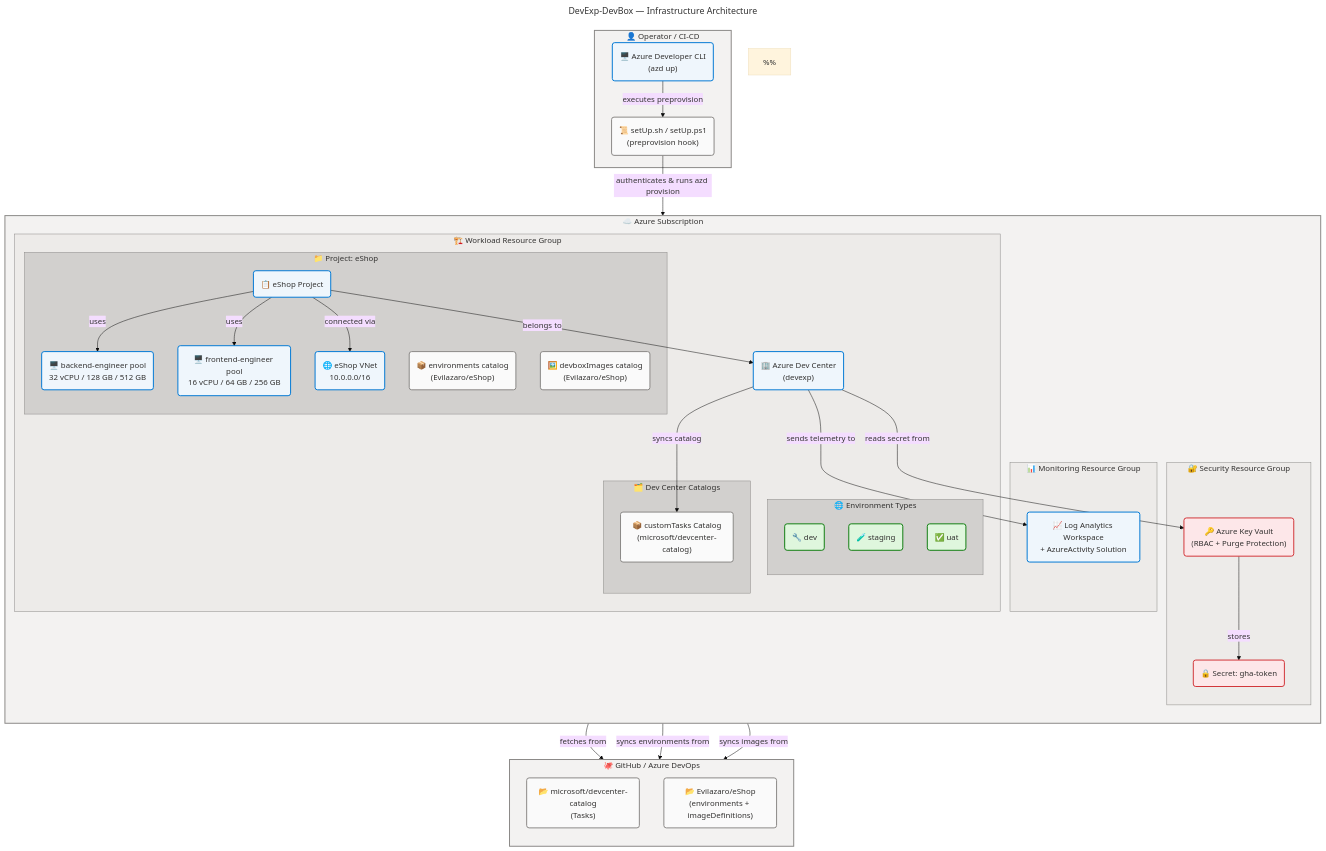
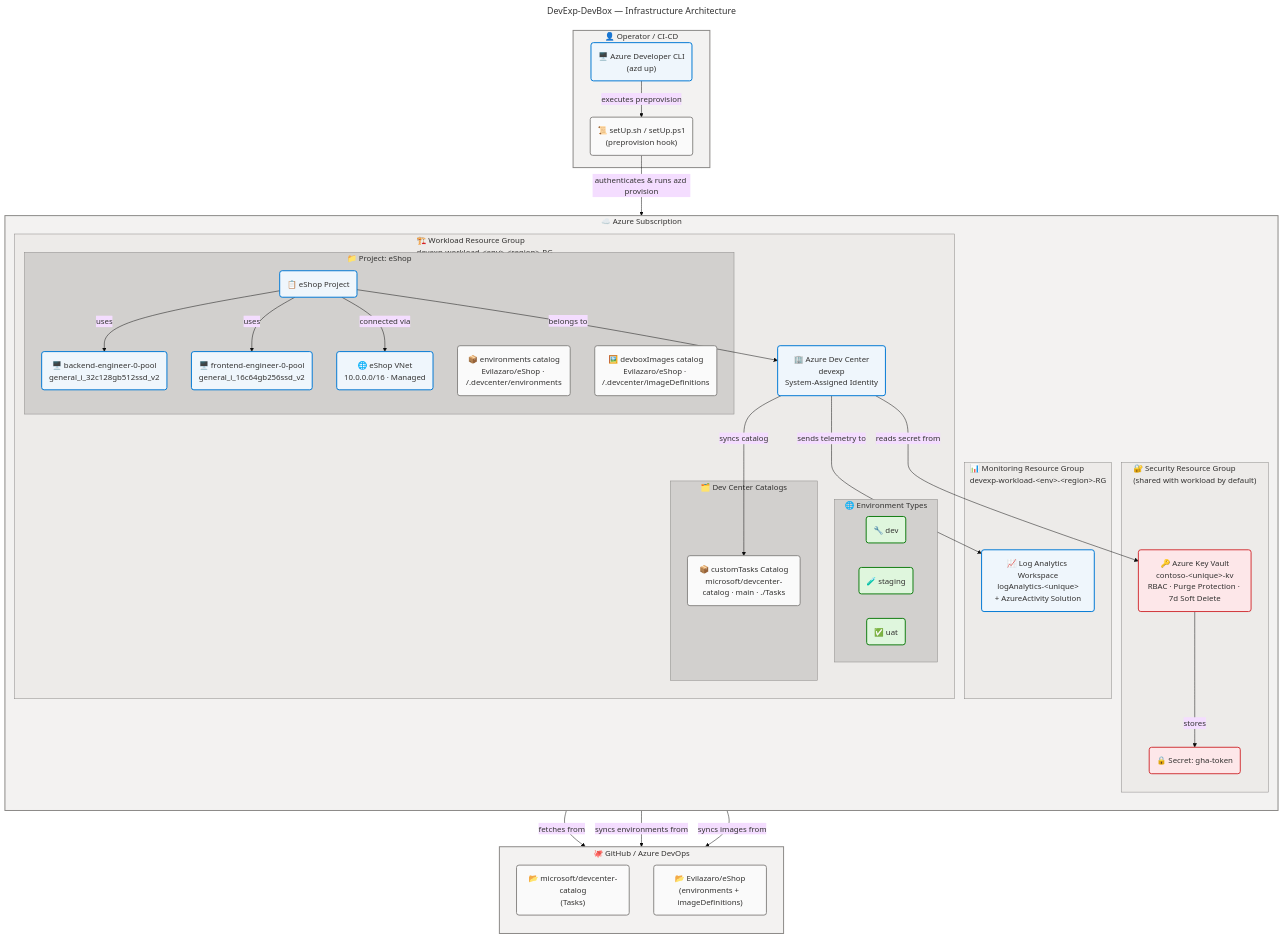
The first of 2 diagrams in README.md (Evilazaro/DevExp-DevBox), drawn with Mermaid before and after one commit. The commit also changed other lines of this file, not shown here.

```diff
--- a/README.md
+++ b/README.md
@@ -383,18 +89,7 @@
 ---
 flowchart TB
     accTitle: DevExp-DevBox Infrastructure Architecture Diagram
-    accDescr: Azure subscription-scoped Bicep deployment creating three resource group domains — Workload, Security, and Monitoring — containing Dev Center with projects and pools, Key Vault for secret management, and Log Analytics for centralized observability. CLI=core, SetUp=neutral, DC=core, LAW=core, KV=danger, Secret=danger, Proj=core, ProjCat1=neutral, ProjCat2=neutral, Pool1=core, Pool2=core, VNet=core, Cat=neutral, ET1=success, ET2=success, ET3=success, Repo1=neutral, Repo2=neutral. WCAG AA compliant.
-
-    %%
-    %% AZURE / FLUENT ARCHITECTURE PATTERN v2.0
-    %% (Semantic + Structural + Font + Accessibility Governance)
-    %%
-    %% PHASE 1 - FLUENT UI: All styling uses approved Fluent UI palette only
-    %% PHASE 2 - GROUPS: Every subgraph has semantic color via style directive
-    %% PHASE 3 - COMPONENTS: Every node has semantic classDef + icon prefix
-    %% PHASE 4 - ACCESSIBILITY: accTitle/accDescr present, WCAG AA contrast
-    %% PHASE 5 - STANDARD: Governance block present, classDefs centralized
-    %%
+    accDescr: Azure subscription-scoped Bicep deployment creating three resource group domains — Workload, Security, and Monitoring — containing Dev Center with projects and pools, Key Vault for secret management, and Log Analytics for centralized observability.
 
     subgraph operator["👤 Operator / CI-CD"]
         CLI("🖥️ Azure Developer CLI<br/>(azd up)"):::core
@@ -403,24 +98,24 @@
 
     subgraph subscription["☁️ Azure Subscription"]
         direction TB
-        subgraph monitoring_rg["📊 Monitoring Resource Group"]
-            LAW("📈 Log Analytics Workspace<br/>+ AzureActivity Solution"):::core
+        subgraph monitoring_rg["📊 Monitoring Resource Group<br/>devexp-workload-&lt;env&gt;-&lt;region&gt;-RG"]
+            LAW("📈 Log Analytics Workspace<br/>logAnalytics-&lt;unique&gt;<br/>+ AzureActivity Solution"):::core
         end
 
-        subgraph security_rg["🔐 Security Resource Group"]
-            KV("🔑 Azure Key Vault<br/>(RBAC + Purge Protection)"):::danger
+        subgraph security_rg["🔐 Security Resource Group<br/>(shared with workload by default)"]
+            KV("🔑 Azure Key Vault<br/>contoso-&lt;unique&gt;-kv<br/>RBAC · Purge Protection · 7d Soft Delete"):::danger
             Secret("🔒 Secret: gha-token"):::danger
         end
 
-        subgraph workload_rg["🏗️ Workload Resource Group"]
-            DC("🏢 Azure Dev Center<br/>(devexp)"):::core
+        subgraph workload_rg["🏗️ Workload Resource Group<br/>devexp-workload-&lt;env&gt;-&lt;region&gt;-RG"]
+            DC("🏢 Azure Dev Center<br/>devexp<br/>System-Assigned Identity"):::core
 
             subgraph catalogs_sg["🗂️ Dev Center Catalogs"]
-                Cat("📦 customTasks Catalog<br/>(microsoft/devcenter-catalog)"):::neutral
+                Cat("📦 customTasks Catalog<br/>microsoft/devcenter-catalog · main · ./Tasks"):::neutral
             end
 
             subgraph env_types_sg["🌐 Environment Types"]
-                direction TB
+                direction LR
                 ET1("🔧 dev"):::success
                 ET2("🧪 staging"):::success
                 ET3("✅ uat"):::success
@@ -428,11 +123,11 @@
 
             subgraph project_sg["📁 Project: eShop"]
                 Proj("📋 eShop Project"):::core
-                ProjCat1("📦 environments catalog<br/>(Evilazaro/eShop)"):::neutral
-                ProjCat2("🖼️ devboxImages catalog<br/>(Evilazaro/eShop)"):::neutral
-                Pool1("🖥️ backend-engineer pool<br/>32 vCPU / 128 GB / 512 GB"):::core
-                Pool2("🖥️ frontend-engineer pool<br/>16 vCPU / 64 GB / 256 GB"):::core
-                VNet("🌐 eShop VNet<br/>10.0.0.0/16"):::core
+                ProjCat1("📦 environments catalog<br/>Evilazaro/eShop · /.devcenter/environments"):::neutral
+                ProjCat2("🖼️ devboxImages catalog<br/>Evilazaro/eShop · /.devcenter/imageDefinitions"):::neutral
+                Pool1("🖥️ backend-engineer-0-pool<br/>general_i_32c128gb512ssd_v2"):::core
+                Pool2("🖥️ frontend-engineer-0-pool<br/>general_i_16c64gb256ssd_v2"):::core
+                VNet("🌐 eShop VNet<br/>10.0.0.0/16 · Managed"):::core
             end
         end
     end
```
